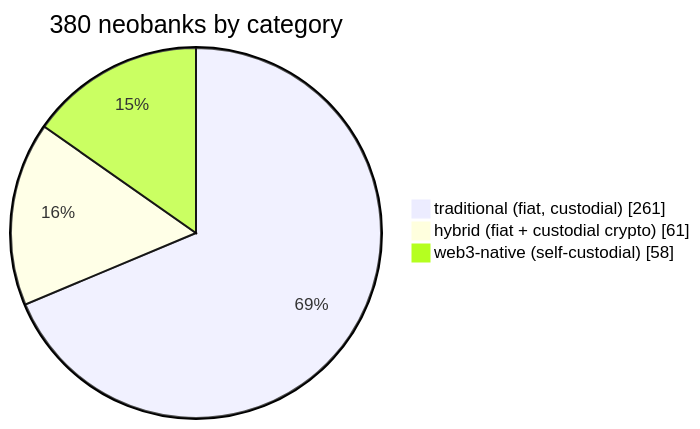
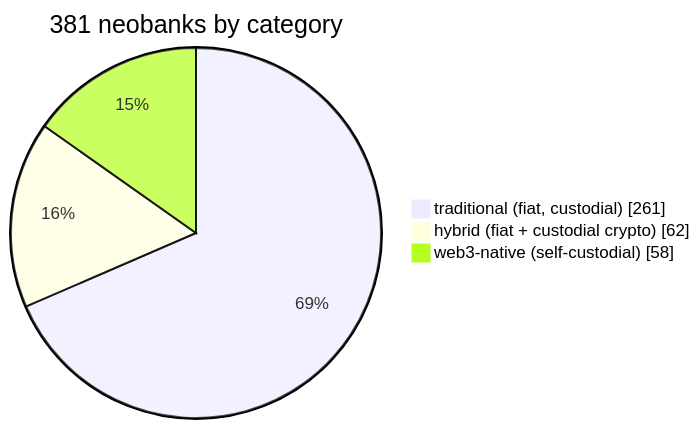
Before and after one commit to andreolf/neobankbeat: the first of 3 diagrams in README.md, drawn with Mermaid. The commit also changed other lines of this file and 4024 other files, not shown here.

````diff
--- a/README.md
+++ b/README.md
@@ -42,6 +42,6 @@
 ```mermaid
-pie showData title 380 neobanks by category
+pie showData title 381 neobanks by category
     "traditional (fiat, custodial)" : 261
-    "hybrid (fiat + custodial crypto)" : 61
+    "hybrid (fiat + custodial crypto)" : 62
     "web3-native (self-custodial)" : 58
 ```
````
